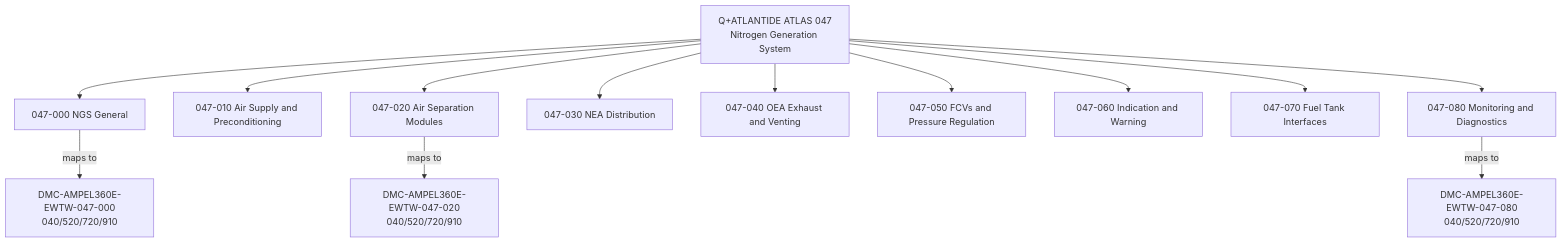
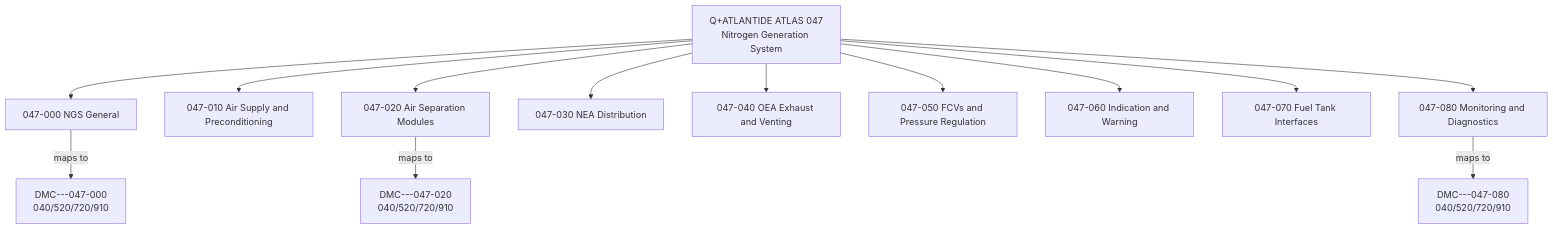
One commit to AmedeoPelliccia/Qplus-For-All-Queer-People-and-Quantum changed the first of 3 diagrams in Q+ATLANTIDE/000-099_ATLAS/040-049_Avionica-Informacion-y-APU/047_Nitrogen-Generation-System/047-090-S1000D-CSDB-Mapping-and-Traceability.md. Above: the diagram before and after it, drawn with Mermaid. The commit also changed other lines of this file and 51 other files, not shown here.

First line of the commit message:
Generalize all 52 ATLAS S1000D-CSDB mapping files: remove AMPEL360E/eWTW/Programmes_example references, add scope: agnostic-standard, use generic DMC placeholders

````diff
--- a/Q+ATLANTIDE/000-099_ATLAS/040-049_Avionica-Informacion-y-APU/047_Nitrogen-Generation-System/047-090-S1000D-CSDB-Mapping-and-Traceability.md
+++ b/Q+ATLANTIDE/000-099_ATLAS/040-049_Avionica-Informacion-y-APU/047_Nitrogen-Generation-System/047-090-S1000D-CSDB-Mapping-and-Traceability.md
@@ -113,25 +114,25 @@
 ```mermaid
 graph TD
     Q_ATL["Q+ATLANTIDE ATLAS 047\nNitrogen Generation System"]
     A000["047-000 NGS General"]
     A010["047-010 Air Supply and Preconditioning"]
     A020["047-020 Air Separation Modules"]
     A030["047-030 NEA Distribution"]
     A040["047-040 OEA Exhaust and Venting"]
     A050["047-050 FCVs and Pressure Regulation"]
     A060["047-060 Indication and Warning"]
     A070["047-070 Fuel Tank Interfaces"]
     A080["047-080 Monitoring and Diagnostics"]
     Q_ATL --> A000
     Q_ATL --> A010
     Q_ATL --> A020
     Q_ATL --> A030
     Q_ATL --> A040
     Q_ATL --> A050
     Q_ATL --> A060
     Q_ATL --> A070
     Q_ATL --> A080
-    A000 -->|maps to| DM000["DMC-AMPEL360E-EWTW-047-000\n040/520/720/910"]
-    A020 -->|maps to| DM020["DMC-AMPEL360E-EWTW-047-020\n040/520/720/910"]
-    A080 -->|maps to| DM080["DMC-AMPEL360E-EWTW-047-080\n040/520/720/910"]
+    A000 -->|maps to| DM000["DMC-<MODEL>-<SYSTEMDIFF>-047-000\n040/520/720/910"]
+    A020 -->|maps to| DM020["DMC-<MODEL>-<SYSTEMDIFF>-047-020\n040/520/720/910"]
+    A080 -->|maps to| DM080["DMC-<MODEL>-<SYSTEMDIFF>-047-080\n040/520/720/910"]
 ```
````
